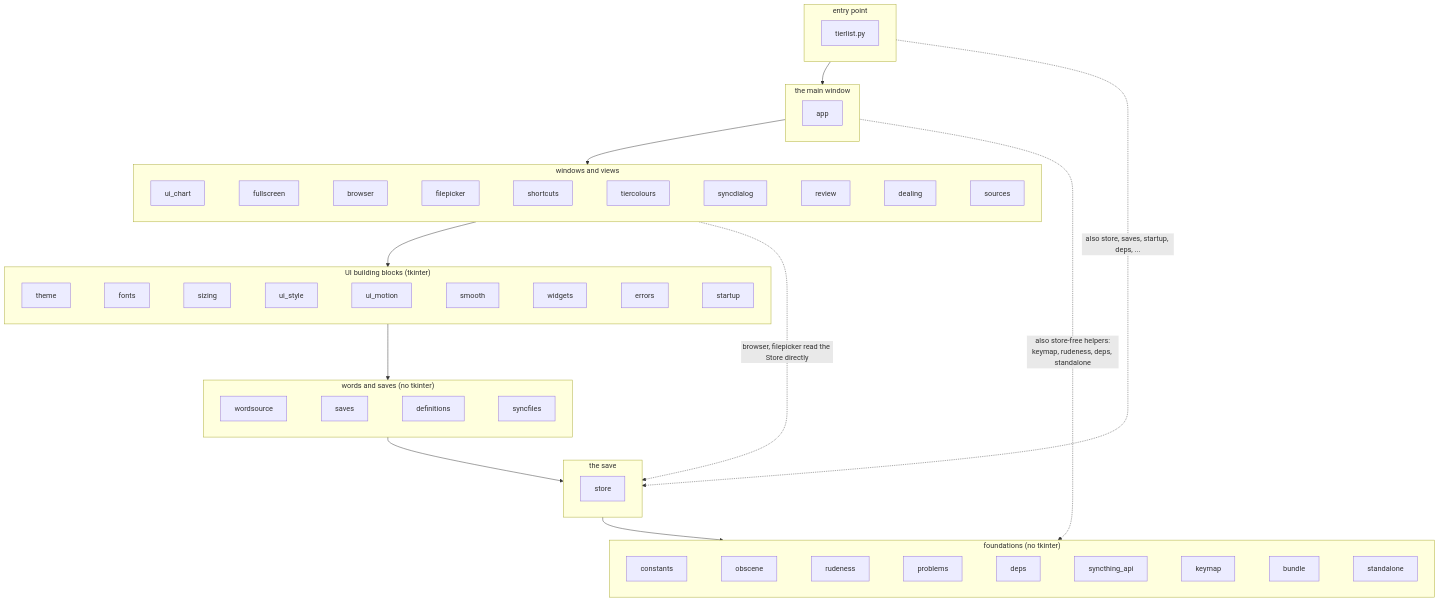
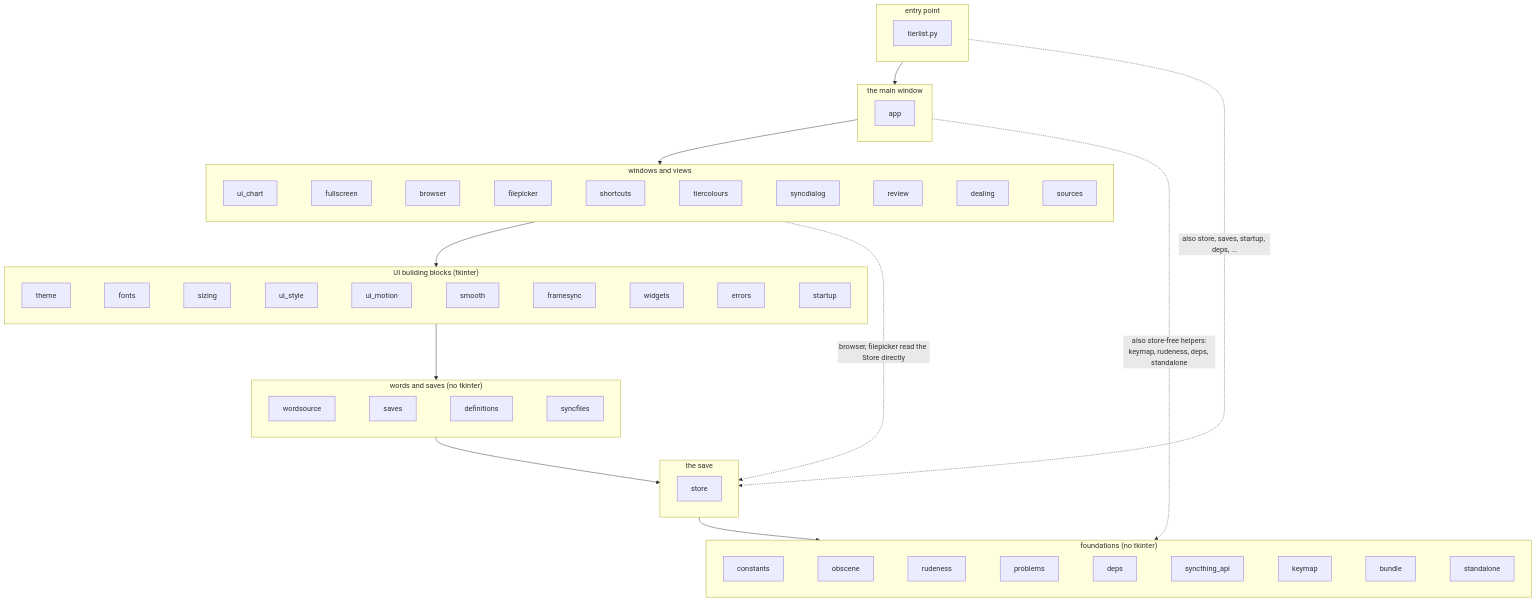
The second of 13 diagrams in DEVELOPERS.md (kiva-mccr/Word-Tierlister), drawn with Mermaid before and after one commit. The commit also changed other lines of this file and 12 other files, not shown here.

````diff
--- a/DEVELOPERS.md
+++ b/DEVELOPERS.md
@@ -77,32 +77,32 @@
 ```mermaid
 flowchart TB
     subgraph L6["entry point"]
         tierlist["tierlist.py"]
     end
     subgraph L5["the main window"]
         app["app"]
     end
     subgraph L4["windows and views"]
         direction LR
         ui_chart["ui_chart"] ~~~ fullscreen["fullscreen"] ~~~ browser["browser"] ~~~ filepicker["filepicker"] ~~~ shortcuts["shortcuts"] ~~~ tiercolours["tiercolours"] ~~~ syncdialog["syncdialog"] ~~~ review["review"] ~~~ dealing["dealing"] ~~~ sources["sources"]
     end
     subgraph L3["UI building blocks (tkinter)"]
         direction LR
-        theme["theme"] ~~~ fonts["fonts"] ~~~ sizing["sizing"] ~~~ ui_style["ui_style"] ~~~ ui_motion["ui_motion"] ~~~ smooth["smooth"] ~~~ widgets["widgets"] ~~~ errors["errors"] ~~~ startup["startup"]
+        theme["theme"] ~~~ fonts["fonts"] ~~~ sizing["sizing"] ~~~ ui_style["ui_style"] ~~~ ui_motion["ui_motion"] ~~~ smooth["smooth"] ~~~ framesync["framesync"] ~~~ widgets["widgets"] ~~~ errors["errors"] ~~~ startup["startup"]
     end
     subgraph L2["words and saves (no tkinter)"]
         direction LR
         wordsource["wordsource"] ~~~ saves["saves"] ~~~ definitions["definitions"] ~~~ syncfiles["syncfiles"]
     end
     subgraph L1["the save"]
         store["store"]
     end
     subgraph L0["foundations (no tkinter)"]
         direction LR
         constants["constants"] ~~~ obscene["obscene"] ~~~ rudeness["rudeness"] ~~~ problems["problems"] ~~~ deps["deps"] ~~~ syncthing_api["syncthing_api"] ~~~ keymap["keymap"] ~~~ bundle["bundle"] ~~~ standalone["standalone"]
     end
     L6 --> L5 --> L4 --> L3 --> L2 --> L1 --> L0
     L6 -. "also store, saves, startup, deps, ..." .-> L1
     L5 -. "also store-free helpers:<br/>keymap, rudeness, deps, standalone" .-> L0
     L4 -. "browser, filepicker read the Store directly" .-> L1
 ```
````
